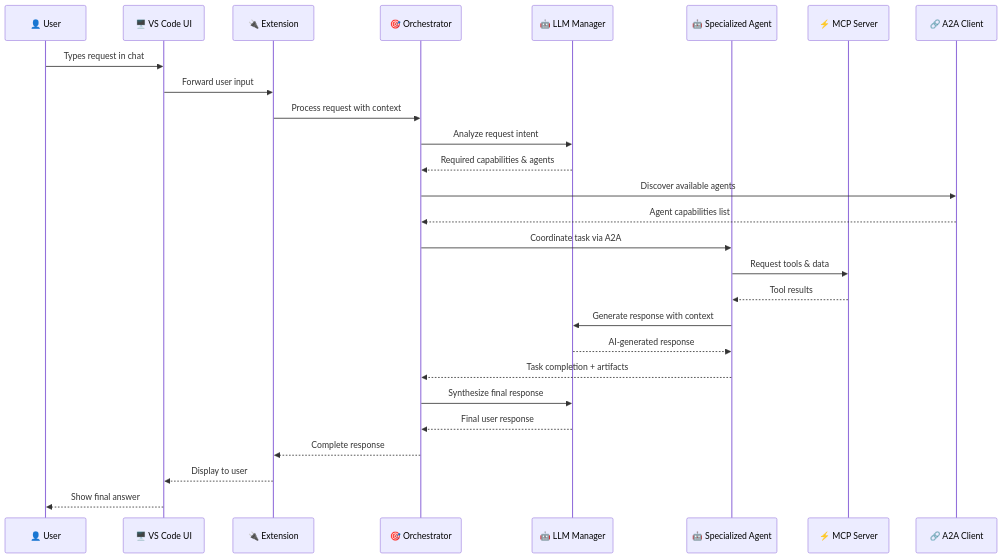
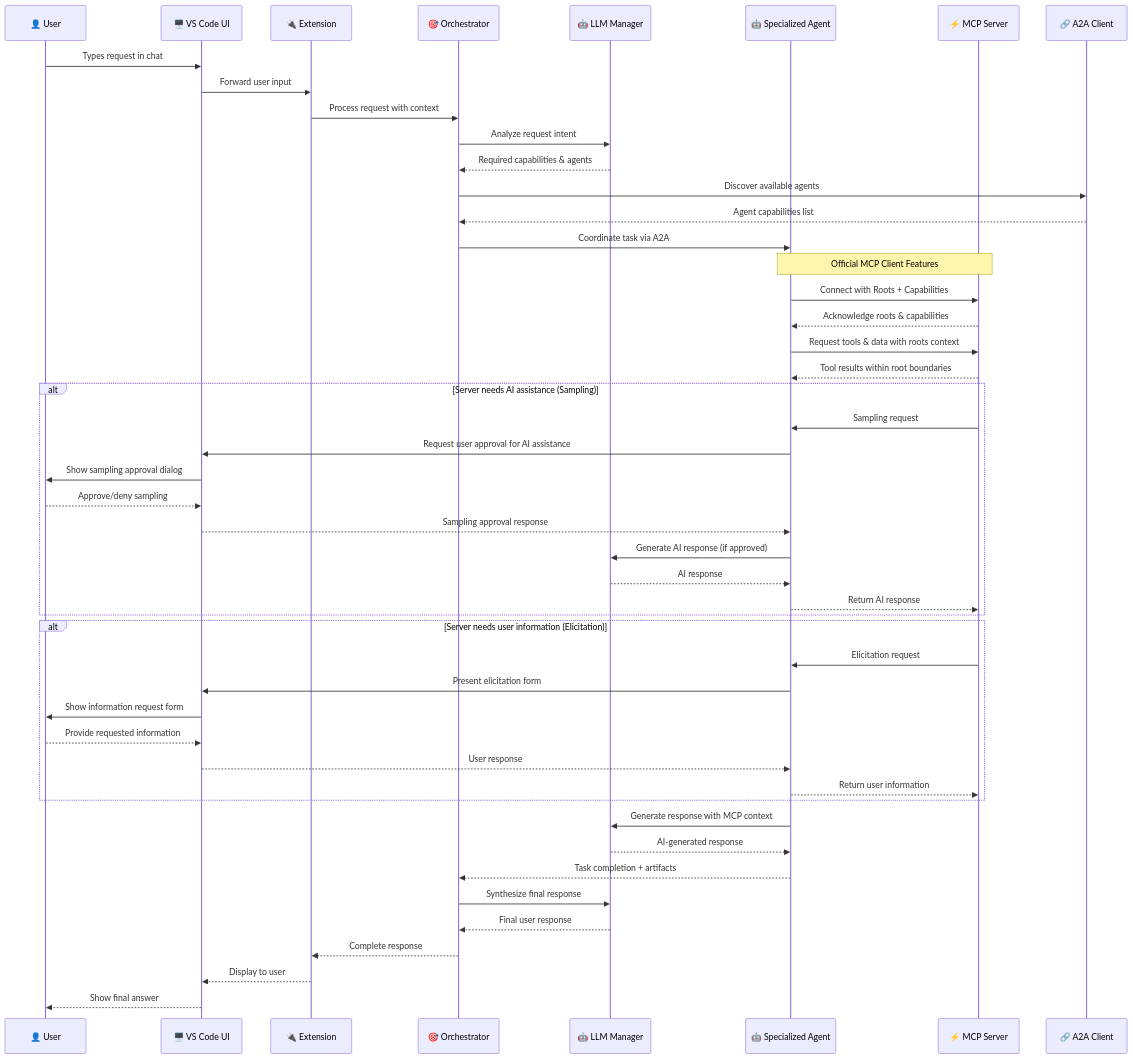
The first of 2 diagrams in docs/MCP/MCP_TECHNICAL_IMPLEMENTATION.md (olasunkanmi-SE/codebuddy), drawn with Mermaid before and after one commit. The commit also changed other lines of this file and 4 other files, not shown here.

First line of the commit message:
feat(mcp): Implement complete MCP client and server with official features

````diff
--- a/docs/MCP/MCP_TECHNICAL_IMPLEMENTATION.md
+++ b/docs/MCP/MCP_TECHNICAL_IMPLEMENTATION.md
@@ -160,35 +204,60 @@
 ```mermaid
 sequenceDiagram
     participant User as 👤 User
     participant UI as 🖥️ VS Code UI
     participant Ext as 🔌 Extension
     participant Orch as 🎯 Orchestrator
     participant LLM as 🤖 LLM Manager
     participant Agent as 🤖 Specialized Agent
     participant MCP as ⚡ MCP Server
     participant A2A as 🔗 A2A Client
 
     User->>UI: Types request in chat
     UI->>Ext: Forward user input
     Ext->>Orch: Process request with context
 
     Orch->>LLM: Analyze request intent
     LLM-->>Orch: Required capabilities & agents
 
     Orch->>A2A: Discover available agents
     A2A-->>Orch: Agent capabilities list
 
     Orch->>Agent: Coordinate task via A2A
-    Agent->>MCP: Request tools & data
-    MCP-->>Agent: Tool results
 
-    Agent->>LLM: Generate response with context
+    Note over Agent,MCP: Official MCP Client Features
+    Agent->>MCP: Connect with Roots + Capabilities
+    MCP-->>Agent: Acknowledge roots & capabilities
+
+    Agent->>MCP: Request tools & data with roots context
+    MCP-->>Agent: Tool results within root boundaries
+
+    alt Server needs AI assistance (Sampling)
+        MCP->>Agent: Sampling request
+        Agent->>UI: Request user approval for AI assistance
+        UI->>User: Show sampling approval dialog
+        User-->>UI: Approve/deny sampling
+        UI-->>Agent: Sampling approval response
+        Agent->>LLM: Generate AI response (if approved)
+        LLM-->>Agent: AI response
+        Agent-->>MCP: Return AI response
+    end
+
+    alt Server needs user information (Elicitation)
+        MCP->>Agent: Elicitation request
+        Agent->>UI: Present elicitation form
+        UI->>User: Show information request form
+        User-->>UI: Provide requested information
+        UI-->>Agent: User response
+        Agent-->>MCP: Return user information
+    end
+
+    Agent->>LLM: Generate response with MCP context
     LLM-->>Agent: AI-generated response
     Agent-->>Orch: Task completion + artifacts
 
     Orch->>LLM: Synthesize final response
     LLM-->>Orch: Final user response
     Orch-->>Ext: Complete response
     Ext-->>UI: Display to user
     UI-->>User: Show final answer
 ```
````
